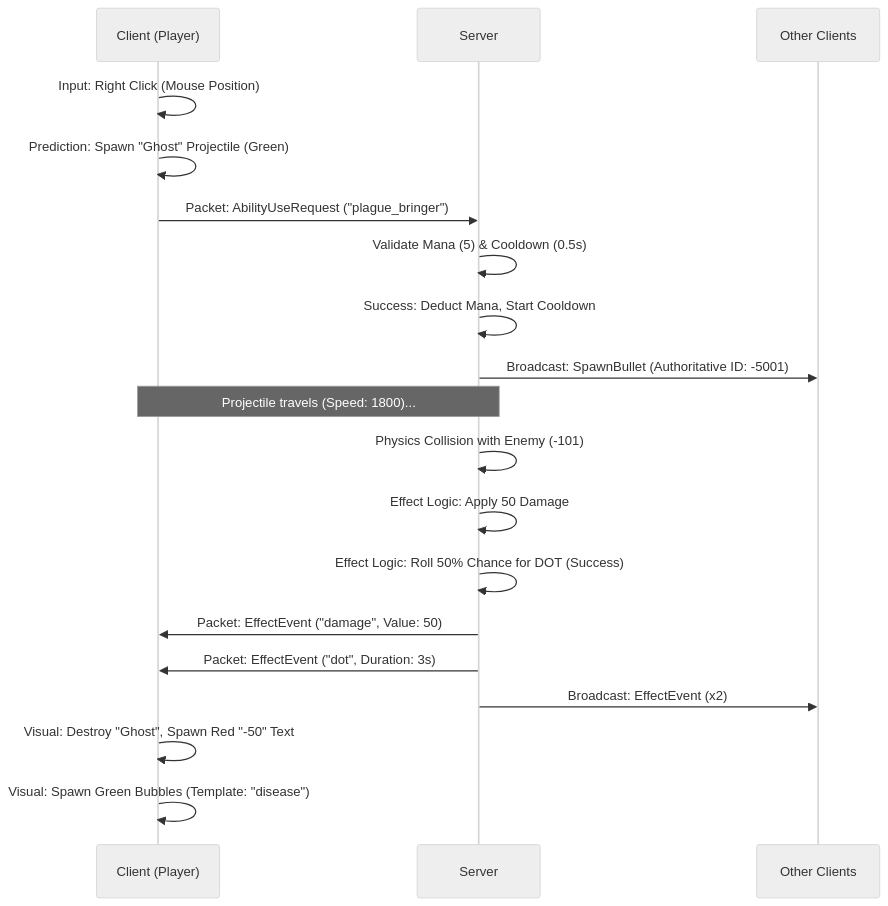
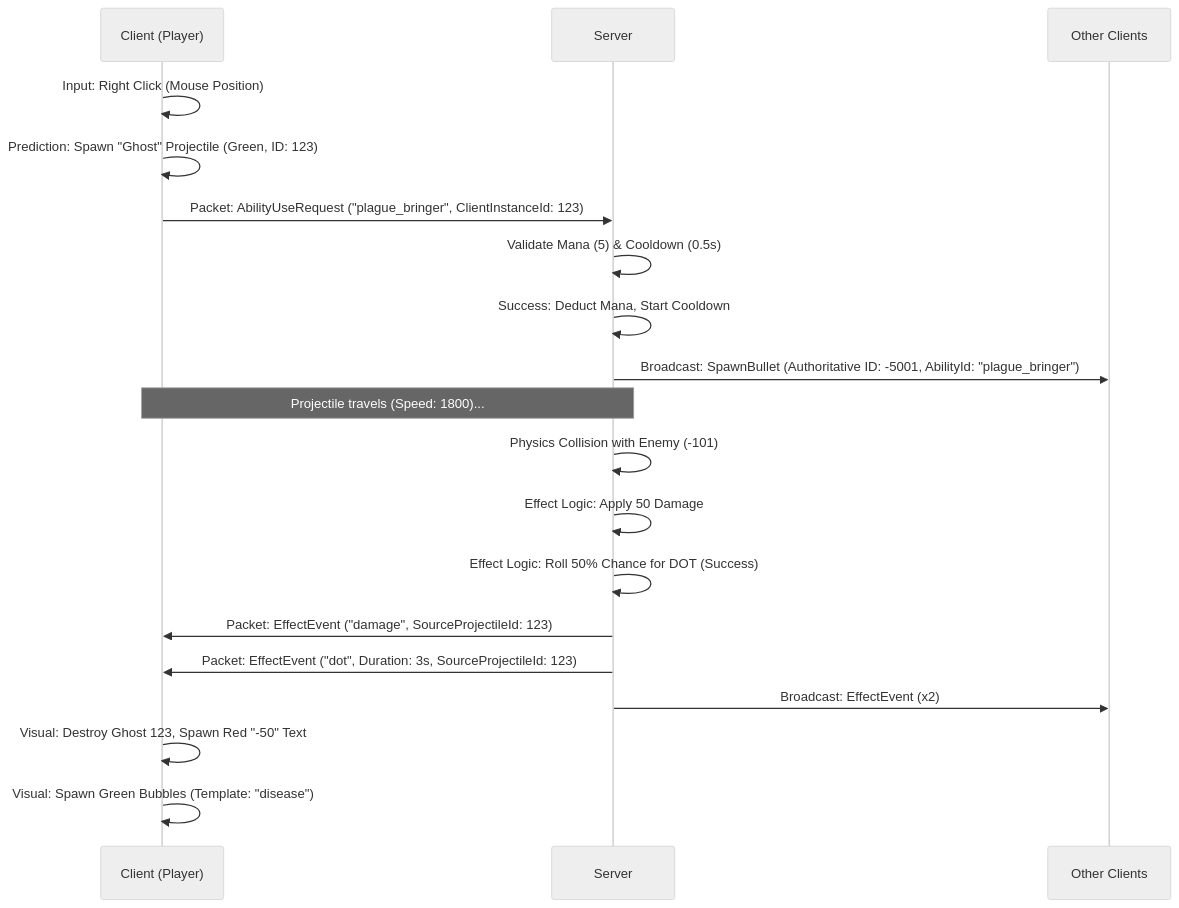
One commit to seand88/lastlight changed the first of 2 diagrams in Docs/ABILITY_SPEC.md. Above: the diagram before and after it, drawn with Mermaid (neutral theme). The commit also changed other lines of this file and 3 other files, not shown here.

Commit message:
Fixed damage registration logic, synchronized projectile visuals across clients via AbilityId, and implemented authoritative death/status loops.

````diff
--- a/Docs/ABILITY_SPEC.md
+++ b/Docs/ABILITY_SPEC.md
@@ -276,27 +288,27 @@
 ```mermaid
 sequenceDiagram
     participant C as Client (Player)
     participant S as Server
     participant O as Other Clients
 
     C->>C: Input: Right Click (Mouse Position)
-    C->>C: Prediction: Spawn "Ghost" Projectile (Green)
-    C->>S: Packet: AbilityUseRequest ("plague_bringer")
+    C->>C: Prediction: Spawn "Ghost" Projectile (Green, ID: 123)
+    C->>S: Packet: AbilityUseRequest ("plague_bringer", ClientInstanceId: 123)
     
     S->>S: Validate Mana (5) & Cooldown (0.5s)
     S->>S: Success: Deduct Mana, Start Cooldown
-    S->>O: Broadcast: SpawnBullet (Authoritative ID: -5001)
+    S->>O: Broadcast: SpawnBullet (Authoritative ID: -5001, AbilityId: "plague_bringer")
     
     Note over C,S: Projectile travels (Speed: 1800)...
     
     S->>S: Physics Collision with Enemy (-101)
     S->>S: Effect Logic: Apply 50 Damage
     S->>S: Effect Logic: Roll 50% Chance for DOT (Success)
     
-    S->>C: Packet: EffectEvent ("damage", Value: 50)
-    S->>C: Packet: EffectEvent ("dot", Duration: 3s)
+    S->>C: Packet: EffectEvent ("damage", SourceProjectileId: 123)
+    S->>C: Packet: EffectEvent ("dot", Duration: 3s, SourceProjectileId: 123)
     S->>O: Broadcast: EffectEvent (x2)
     
-    C->>C: Visual: Destroy "Ghost", Spawn Red "-50" Text
+    C->>C: Visual: Destroy Ghost 123, Spawn Red "-50" Text
     C->>C: Visual: Spawn Green Bubbles (Template: "disease")
 ```
````
